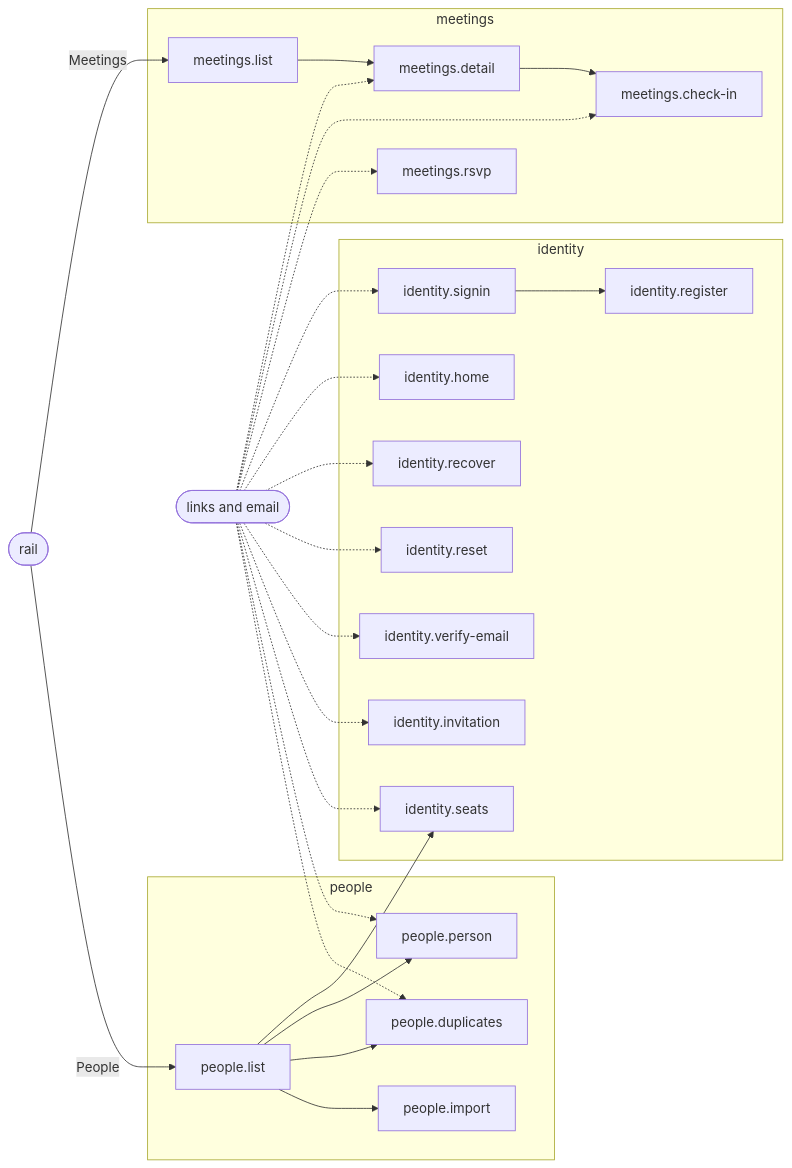
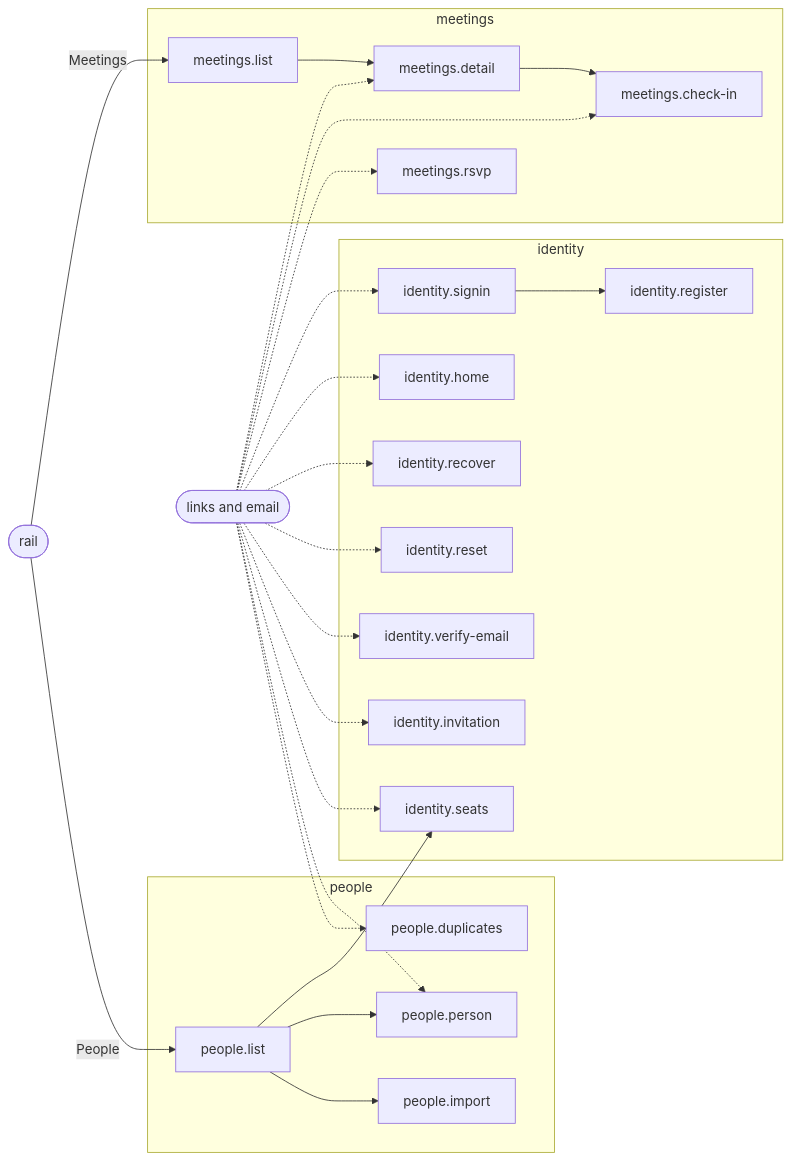
The diagram in docs/feature-maps/README.md (SebastianGarces/everyfield), drawn with Mermaid before and after one commit. The commit also changed other lines of this file and 15 other files, not shown here.

````diff
--- a/docs/feature-maps/README.md
+++ b/docs/feature-maps/README.md
@@ -12,48 +11,47 @@
 ```mermaid
 flowchart LR
   rail(["rail"])
   links(["links and email"])
   subgraph f0["identity"]
     f0s0["identity.signin"]
     f0s1["identity.home"]
     f0s2["identity.register"]
     f0s3["identity.recover"]
     f0s4["identity.reset"]
     f0s5["identity.verify-email"]
     f0s6["identity.invitation"]
     f0s7["identity.seats"]
   end
   subgraph f1["meetings"]
     f1s0["meetings.list"]
     f1s1["meetings.detail"]
     f1s2["meetings.check-in"]
     f1s3["meetings.rsvp"]
   end
   subgraph f2["people"]
     f2s0["people.list"]
     f2s1["people.person"]
     f2s2["people.duplicates"]
     f2s3["people.import"]
   end
   links -.-> f0s0
   links -.-> f0s1
   f0s0 --> f0s2
   links -.-> f0s3
   links -.-> f0s4
   links -.-> f0s5
   links -.-> f0s6
   f2s0 --> f0s7
   links -.-> f0s7
   rail -- "Meetings" --> f1s0
   f1s0 --> f1s1
   links -.-> f1s1
   f1s1 --> f1s2
   links -.-> f1s2
   links -.-> f1s3
   rail -- "People" --> f2s0
   f2s0 --> f2s1
   links -.-> f2s1
-  f2s0 --> f2s2
   links -.-> f2s2
   f2s0 --> f2s3
 ```
````
